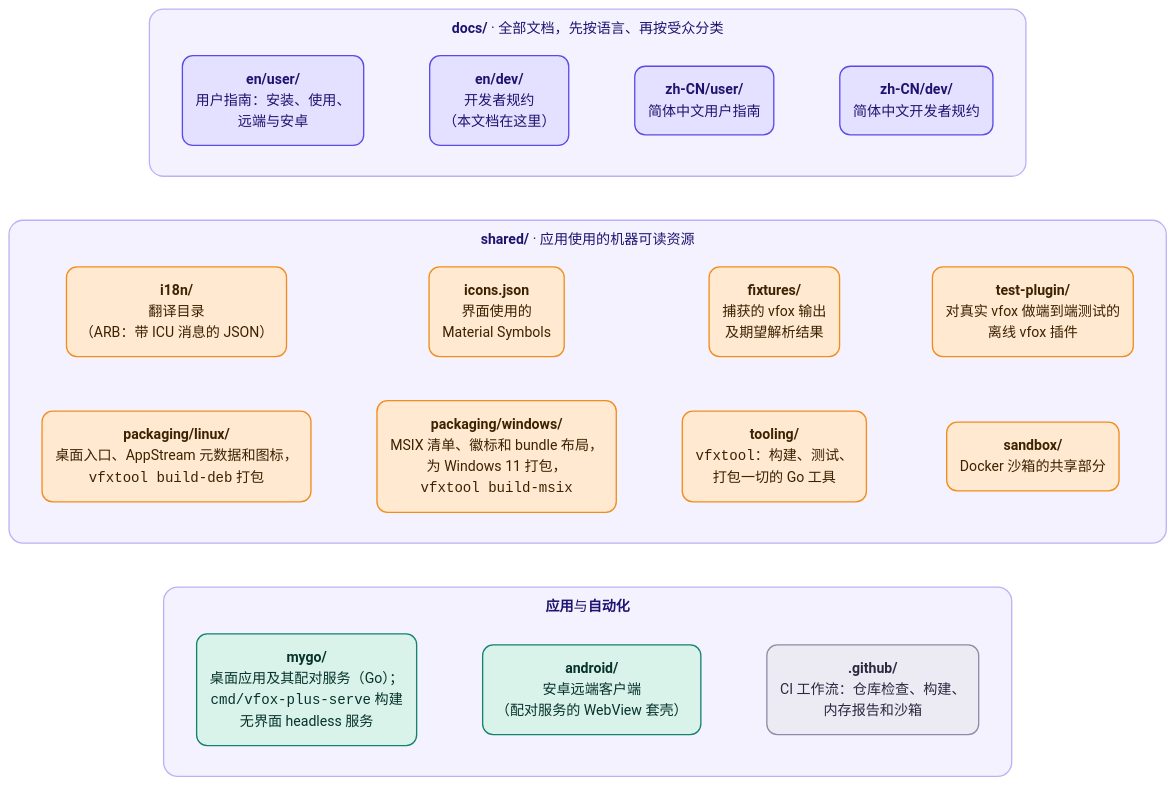
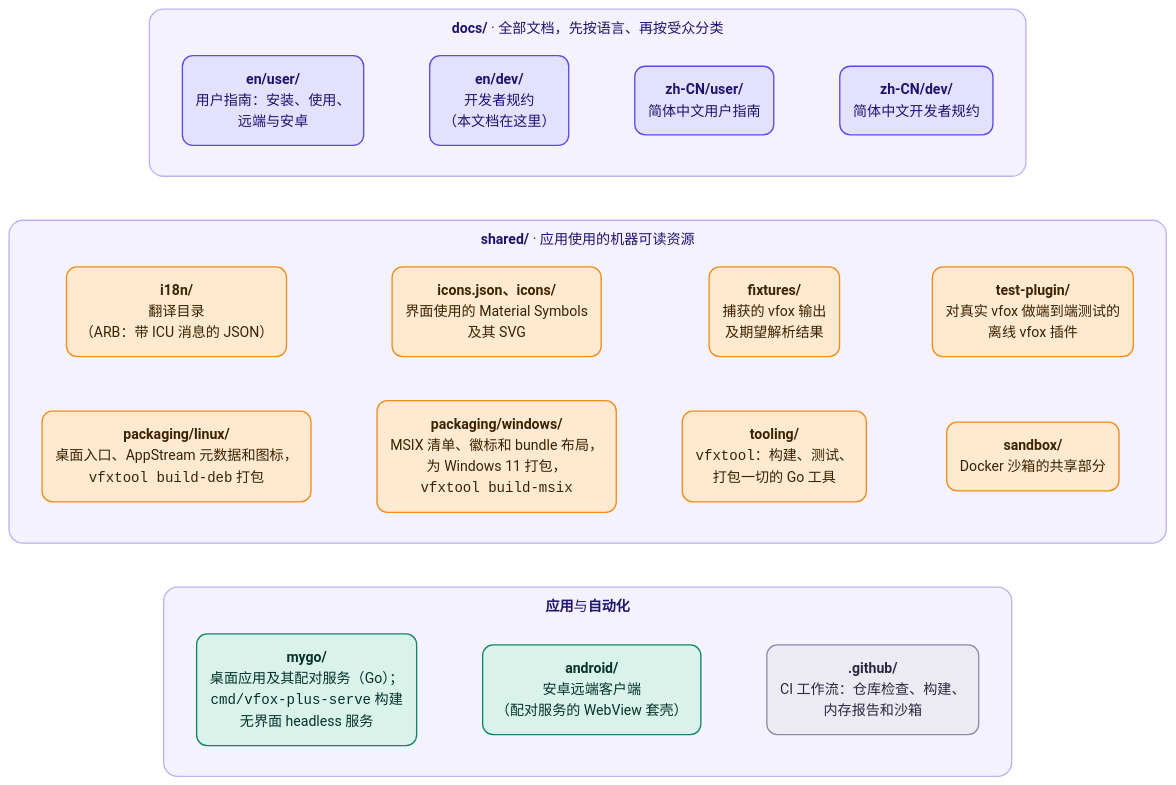
One commit to version-fox/vfox-plus changed the first of 3 diagrams in docs/zh-CN/dev/architecture.md. Above: the diagram before and after it, drawn with Mermaid. The commit also changed other lines of this file and 167 other files, not shown here.

First line of the commit message:
Draw the icons from SVG files instead of cutting an icon font

````diff
--- a/docs/zh-CN/dev/architecture.md
+++ b/docs/zh-CN/dev/architecture.md
@@ -12,51 +12,51 @@
 ```mermaid
 ---
 config:
   theme: base
   themeVariables:
     fontFamily: "system-ui, -apple-system, 'Segoe UI', 'Noto Sans', 'Noto Sans CJK SC', 'PingFang SC', 'Microsoft YaHei', sans-serif"
     lineColor: "#7C79A8"
     primaryColor: "#FFE9D0"
     primaryBorderColor: "#F28C1B"
     primaryTextColor: "#3B2200"
     clusterBkg: "#F4F2FF"
     clusterBorder: "#B9B3F5"
     titleColor: "#1E1470"
     edgeLabelBackground: "#FFFFFF"
   flowchart:
     curve: basis
     wrappingWidth: 320
     subGraphTitleMargin:
       top: 10
       bottom: 8
 ---
 flowchart TB
     accTitle: 仓库布局
     accDescr: docs 存放文档，shared 存放应用使用的资源，mygo 与 android 是应用，.github 是 CI 工作流。
     subgraph docs["<b>docs/</b> · 全部文档，先按语言、再按受众分类"]
         direction LR
         d1("<b>en/user/</b><br/>用户指南：安装、使用、<br/>远端与安卓") ~~~ d2("<b>en/dev/</b><br/>开发者规约<br/>（本文档在这里）") ~~~ d3("<b>zh-CN/user/</b><br/>简体中文用户指南") ~~~ d4("<b>zh-CN/dev/</b><br/>简体中文开发者规约")
     end
     subgraph shared["<b>shared/</b> · 应用使用的机器可读资源"]
         direction LR
-        s1("<b>i18n/</b><br/>翻译目录<br/>（ARB：带 ICU 消息的 JSON）") ~~~ s2("<b>icons.json</b><br/>界面使用的<br/>Material Symbols") ~~~ s3("<b>fixtures/</b><br/>捕获的 vfox 输出<br/>及期望解析结果") ~~~ s4("<b>test-plugin/</b><br/>对真实 vfox 做端到端测试的<br/>离线 vfox 插件")
+        s1("<b>i18n/</b><br/>翻译目录<br/>（ARB：带 ICU 消息的 JSON）") ~~~ s2("<b>icons.json、icons/</b><br/>界面使用的 Material Symbols<br/>及其 SVG") ~~~ s3("<b>fixtures/</b><br/>捕获的 vfox 输出<br/>及期望解析结果") ~~~ s4("<b>test-plugin/</b><br/>对真实 vfox 做端到端测试的<br/>离线 vfox 插件")
         s5("<b>packaging/linux/</b><br/>桌面入口、AppStream 元数据和图标，<br/><code>vfxtool build-deb</code> 打包") ~~~ s6("<b>packaging/windows/</b><br/>MSIX 清单、徽标和 bundle 布局，<br/>为 Windows 11 打包，<br/><code>vfxtool build-msix</code>") ~~~ s7("<b>tooling/</b><br/><code>vfxtool</code>：构建、测试、<br/>打包一切的 Go 工具") ~~~ s8("<b>sandbox/</b><br/>Docker 沙箱的共享部分")
     end
     subgraph code["<b>应用</b>与<b>自动化</b>"]
         direction LR
         m("<b>mygo/</b><br/>桌面应用及其配对服务（Go）；<br/><code>cmd/vfox-plus-serve</code> 构建<br/>无界面 headless 服务") ~~~ a("<b>android/</b><br/>安卓远端客户端<br/>（配对服务的 WebView 套壳）") ~~~ g("<b>.github/</b><br/>CI 工作流：仓库检查、构建、<br/>内存报告和沙箱")
     end
     docs ~~~ shared ~~~ code
 
     classDef docs fill:#E4E0FF,stroke:#5A4BE8,color:#1E1470,stroke-width:1.5px,rx:12,ry:12
     classDef shared fill:#FFE9D0,stroke:#F28C1B,color:#3B2200,stroke-width:1.5px,rx:12,ry:12
     classDef app fill:#D9F2EA,stroke:#13836B,color:#06332A,stroke-width:1.5px,rx:12,ry:12
     classDef ci fill:#ECEBF3,stroke:#8E8BA8,color:#2B2840,stroke-width:1.5px,rx:12,ry:12
     class d1,d2,d3,d4 docs
     class s1,s2,s3,s4,s5,s6,s7,s8 shared
     class m,a app
     class g ci
     style docs fill:#F4F2FF,stroke:#B9B3F5,stroke-width:1.5px,rx:16,ry:16
     style shared fill:#F4F2FF,stroke:#B9B3F5,stroke-width:1.5px,rx:16,ry:16
     style code fill:#F4F2FF,stroke:#B9B3F5,stroke-width:1.5px,rx:16,ry:16
 ```
````
